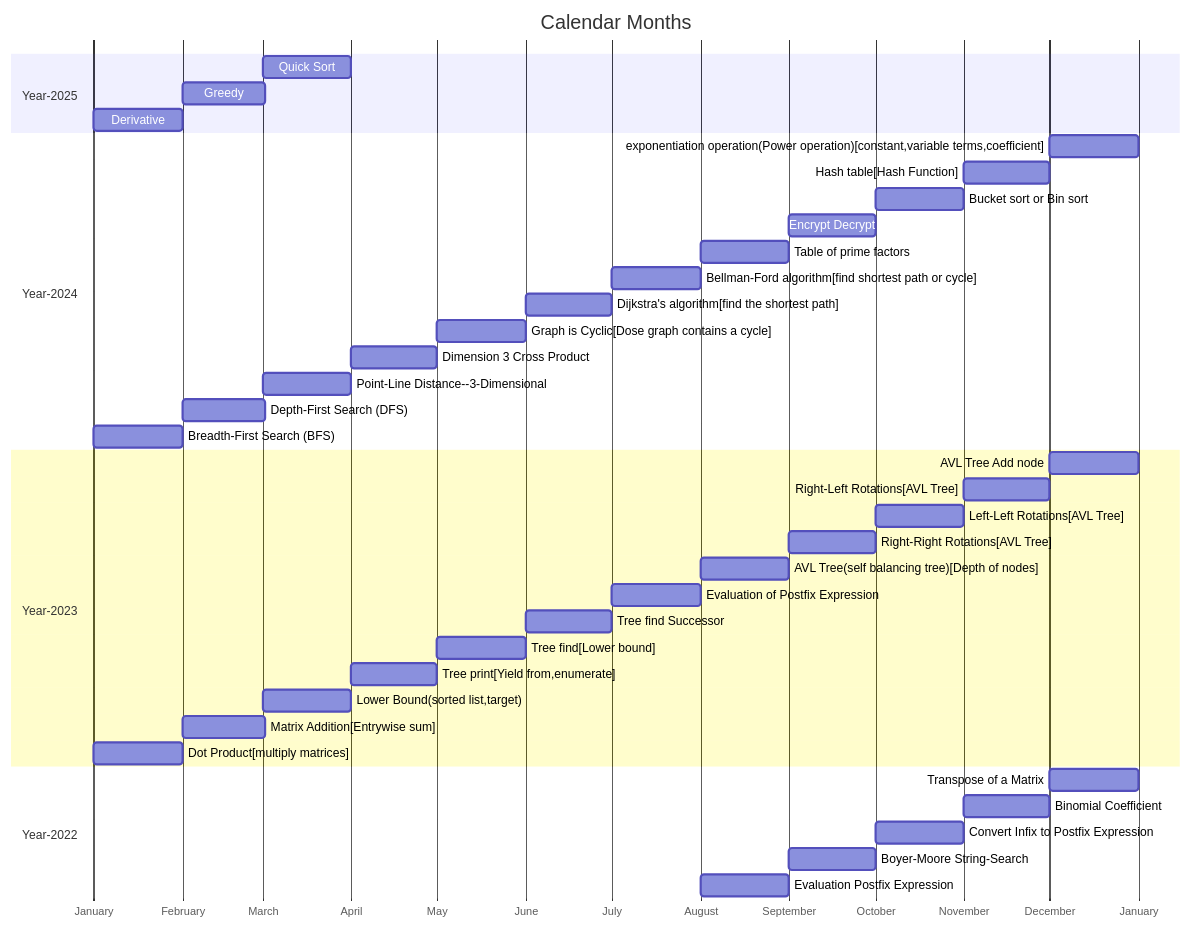
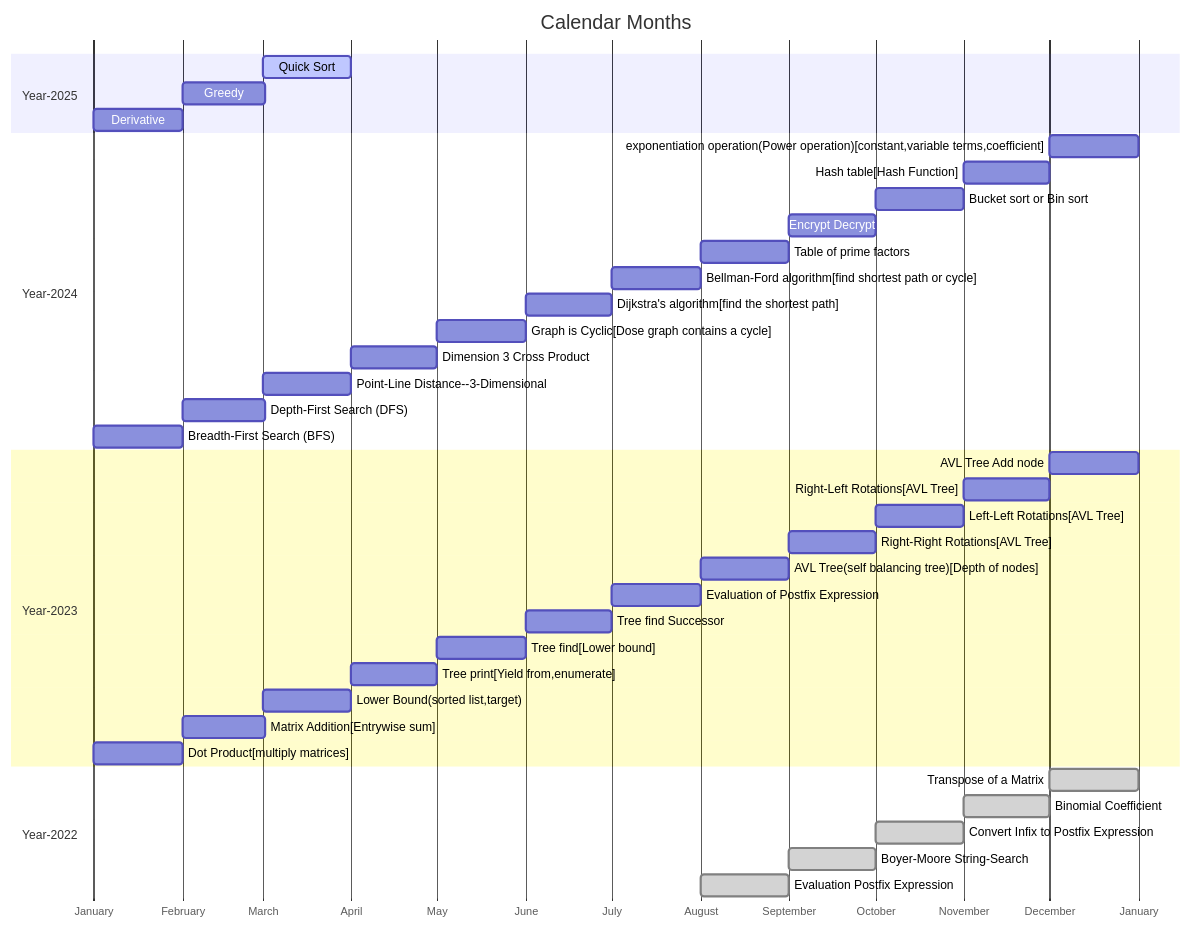
The diagram in src/calendar.md (softtiny/docs.calendar), drawn with Mermaid before and after one commit. The commit also changed 4 other files, not shown here.

````diff
--- a/src/calendar.md
+++ b/src/calendar.md
@@ -2,42 +2,43 @@
 ```mermaid
+
 gantt
     title Calendar Months
     dateFormat MM-DD
     axisFormat %B
     section Year-2025
-        Quick Sort      :03-01, 31d
+        Quick Sort      :active, 03-01, 31d
         Greedy          :02-01, 29d
         Derivative          :01-01, 31d
     section Year-2024
         exponentiation operation(Power operation)[constant,variable terms,coefficient]  :12-01, 31d
         Hash table[Hash Function]  :11-01, 30d
         Bucket sort or Bin sort  :10-01, 31d
         Encrypt Decrypt  :09-01, 30d
         Table of prime factors  :08-01, 31d
         Bellman-Ford algorithm[find shortest path or cycle] :07-01, 31d
         Dijkstra's algorithm[find the shortest path] :06-01, 30d
         Graph is Cyclic[Dose graph contains a cycle]  :05-01, 31d
         Dimension 3 Cross Product  :04-01, 30d
         Point-Line Distance--3-Dimensional  :03-01, 31d
         Depth-First Search (DFS)          :02-01, 29d
         Breadth-First Search (BFS)          :01-01, 31d
     section Year-2023
         AVL Tree Add node :12-01, 31d
         Right-Left Rotations[AVL Tree] :11-01, 30d
         Left-Left Rotations[AVL Tree] :10-01, 31d
         Right-Right Rotations[AVL Tree] :09-01, 30d
         AVL Tree(self balancing tree)[Depth of nodes] :08-01, 31d
         Evaluation of Postfix Expression :07-01, 31d
         Tree find Successor :06-01, 30d
         Tree find[Lower bound] :05-01, 31d
         Tree print[Yield from,enumerate] :04-01, 30d
         Lower Bound(sorted list,target) :03-01, 31d
         Matrix Addition[Entrywise sum] :02-01, 29d
         Dot Product[multiply matrices] :01-01, 31d
     section Year-2022
-        Transpose of a Matrix :12-01, 31d
-        Binomial Coefficient :11-01, 30d
-        Convert Infix to Postfix Expression :10-01, 31d
-        Boyer-Moore String-Search :09-01, 30d
-        Evaluation Postfix Expression :08-01, 31d
+        Transpose of a Matrix :done, 12-01, 31d
+        Binomial Coefficient :done, 11-01, 30d
+        Convert Infix to Postfix Expression :done, 10-01, 31d
+        Boyer-Moore String-Search :done, 09-01, 30d
+        Evaluation Postfix Expression :done, 08-01, 31d
 ```
````
